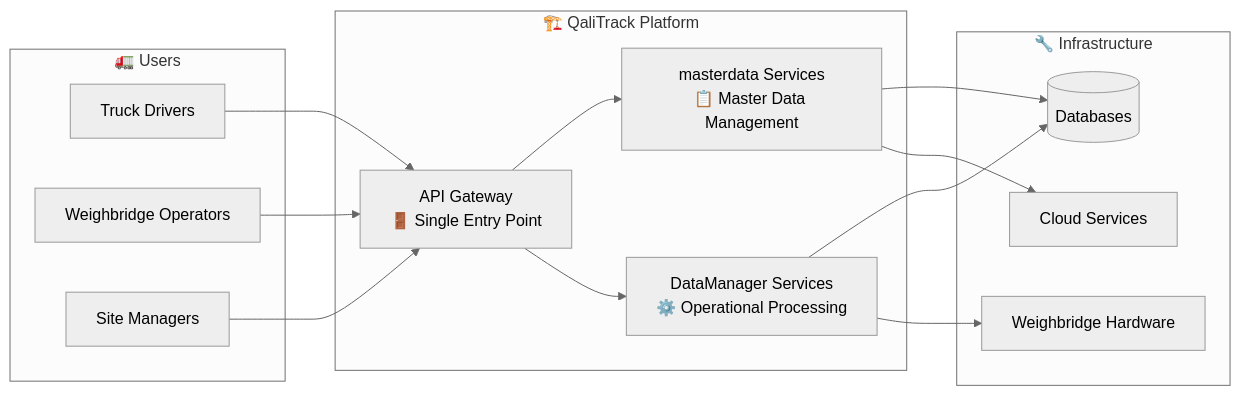
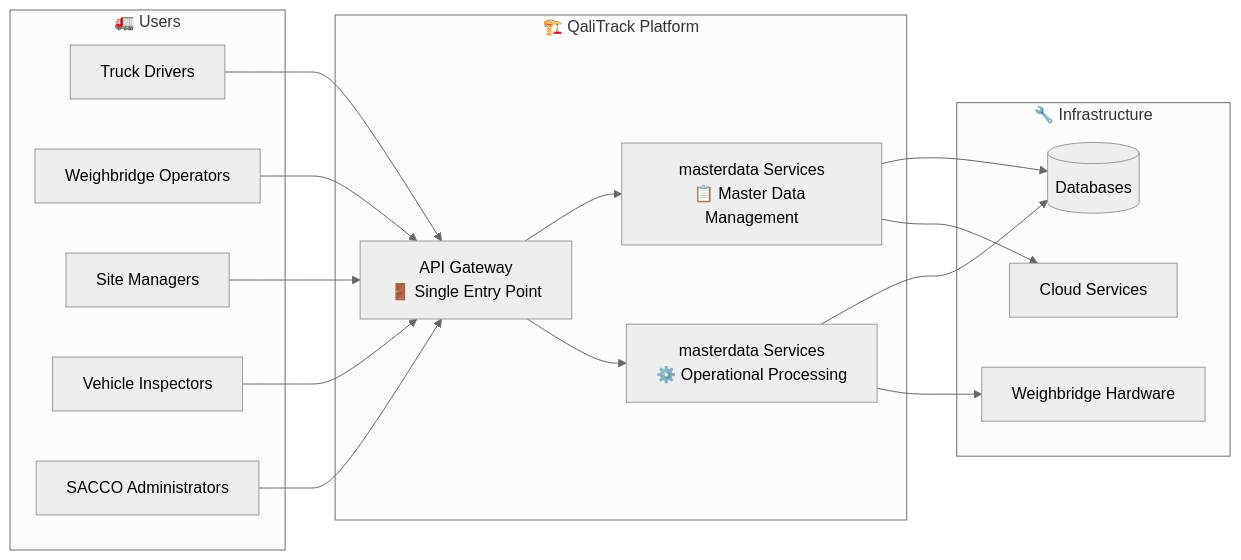
The first of 3 diagrams in docs/c4/06-onboarding-guide.md (Qalitrack/qalitrackservices), drawn with Mermaid (neutral theme) before and after one commit. The commit also changed other lines of this file and 84 other files, not shown here.

````diff
--- a/docs/c4/06-onboarding-guide.md
+++ b/docs/c4/06-onboarding-guide.md
@@ -14,32 +14,36 @@
 ```mermaid
 flowchart LR
     subgraph "🚛 Users"
         Drivers[Truck Drivers]
         Operators[Weighbridge Operators]
         Managers[Site Managers]
+        Inspectors[Vehicle Inspectors]
+        SaccoAdmins[SACCO Administrators]
     end
     
     subgraph "🏗️ QaliTrack Platform"
         masterdata[masterdata Services<br/>📋 Master Data Management]
-        DataManager[DataManager Services<br/>⚙️ Operational Processing]
+        operational[masterdata Services<br/>⚙️ Operational Processing]
         Gateway[API Gateway<br/>🚪 Single Entry Point]
     end
     
     subgraph "🔧 Infrastructure"
         Databases[(Databases)]
         Hardware[Weighbridge Hardware]
         Cloud[Cloud Services]
     end
 
     Drivers --> Gateway
     Operators --> Gateway
     Managers --> Gateway
+    Inspectors --> Gateway
+    SaccoAdmins --> Gateway
     
     Gateway --> masterdata
-    Gateway --> DataManager
+    Gateway --> operational
     
     masterdata --> Databases
-    DataManager --> Databases
-    DataManager --> Hardware
+    operational --> Databases
+    operational --> Hardware
     masterdata --> Cloud
 ```
````
